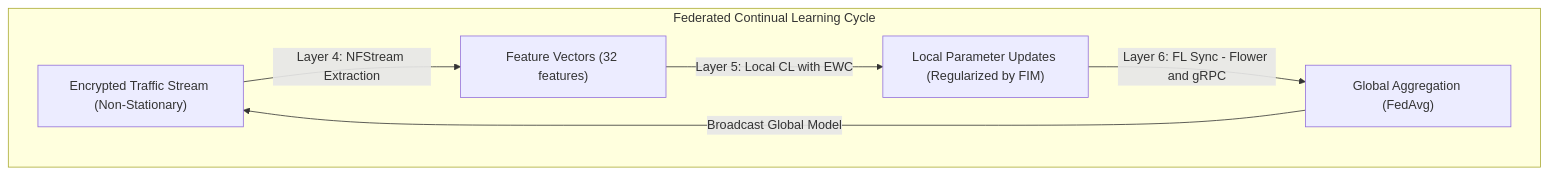
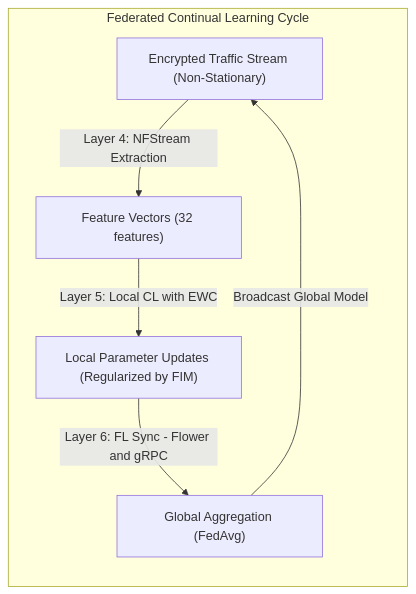
One commit to rhaffle87/fl-cl changed the first of 4 diagrams in docs/04_deployment_walkthrough.md. Above: the diagram before and after it, drawn with Mermaid.

Commit message:
docs: add deployment walkthrough for hybrid federated-continual learning testbed

````diff
--- a/docs/04_deployment_walkthrough.md
+++ b/docs/04_deployment_walkthrough.md
@@ -14,9 +14,9 @@
 ```mermaid
-graph TD
+graph RL
     subgraph Conceptual_Pipeline ["Federated Continual Learning Cycle"]
         DataStream["Encrypted Traffic Stream (Non-Stationary)"] -->|Layer 4: NFStream Extraction| FeatureTensors["Feature Vectors (32 features)"]
         FeatureTensors -->|Layer 5: Local CL with EWC| LocalUpdates["Local Parameter Updates (Regularized by FIM)"]
         LocalUpdates -->|Layer 6: FL Sync - Flower and gRPC| GlobalAggregator["Global Aggregation (FedAvg)"]
         GlobalAggregator -->|Broadcast Global Model| DataStream
     end
 ```
````
